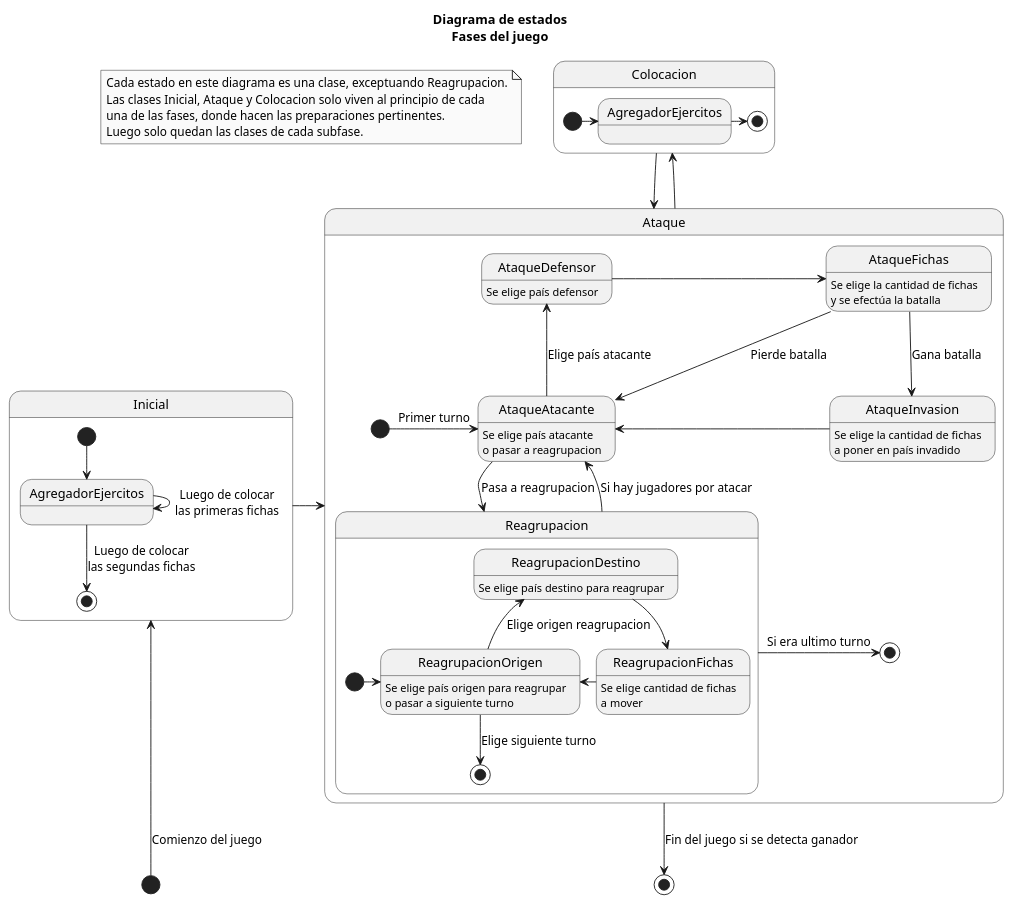
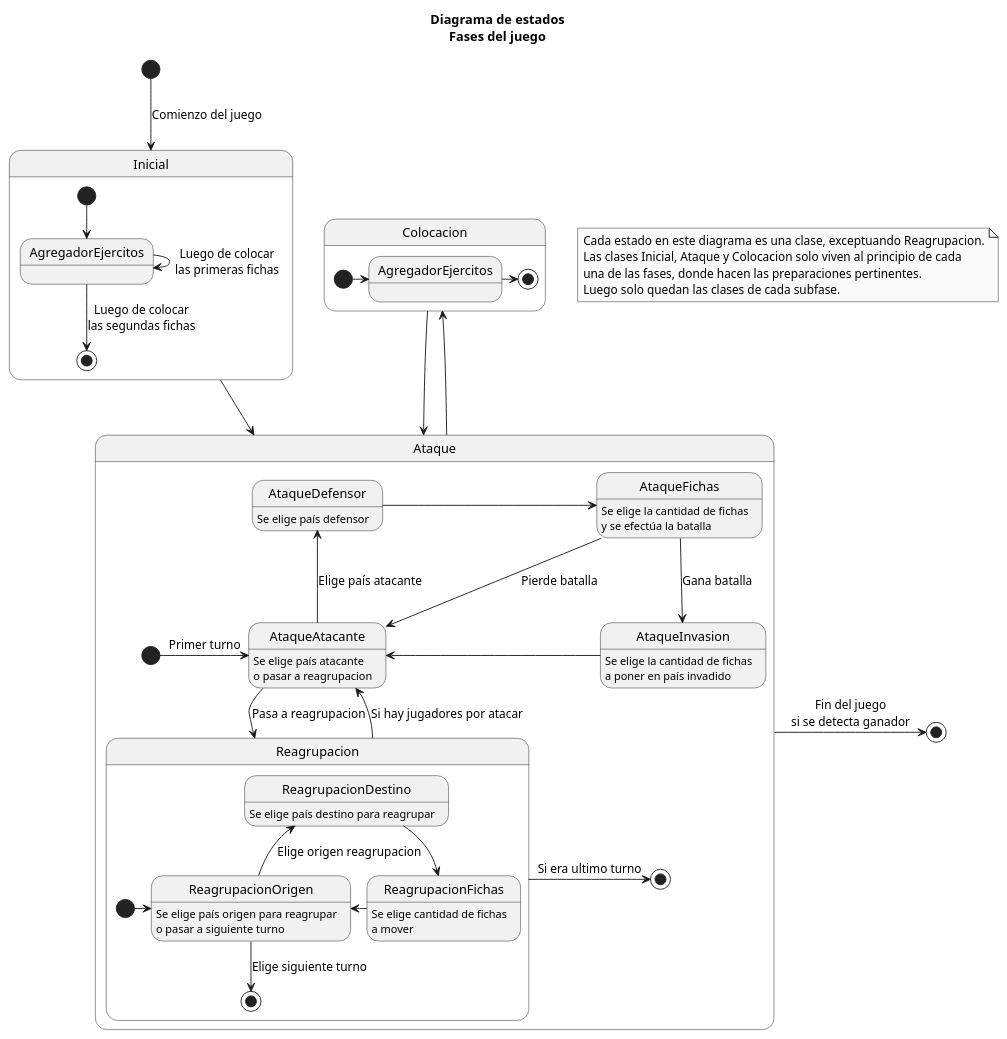
Before and after one commit to Gabrielsem/A.L.T.E.G.O.: the diagram in UML/estados/fases.plantuml, drawn with PlantUML. The commit also changed 1 other file, not shown here.

Commit message:
Bugfix y actualizo UML estado

```diff
--- a/UML/estados/fases.plantuml
+++ b/UML/estados/fases.plantuml
@@ -1,77 +1,78 @@
 @startuml
 skinparam monochrome true
 skinparam style strictuml
 skinparam classAttributeIconSize 0
 title 
     Diagrama de estados
     <b>Fases del juego</b>
 end title
 
 
-[*] -up-> Inicial: Comienzo del juego
+[*] --> Inicial: Comienzo del juego
 
 state Inicial {
     [*] --> AgregadorEjercitos
     AgregadorEjercitos --> AgregadorEjercitos: Luego de colocar\nlas primeras fichas
     AgregadorEjercitos --> [*]: Luego de colocar\nlas segundas fichas
 }
 
-Inicial -> Ataque
+Inicial --> Ataque
 
 state Ataque {
     
     [*] -> AtaqueAtacante: Primer turno
     AtaqueAtacante: Se elige país atacante\no pasar a reagrupacion 
 
     AtaqueAtacante -up--> AtaqueDefensor: Elige país atacante
     AtaqueDefensor: Se elige país defensor
 
     AtaqueDefensor -> AtaqueFichas: \t\t\t\t\t\t\t\t
     AtaqueFichas: Se elige la cantidad de fichas\ny se efectúa la batalla
 
     AtaqueFichas --> AtaqueAtacante: Pierde batalla
     AtaqueFichas ---> AtaqueInvasion: Gana batalla
     AtaqueInvasion: Se elige la cantidad de fichas\na poner en país invadido
 
     AtaqueInvasion -left> AtaqueAtacante: \t\t\t\t\t\t\t\t
 
     AtaqueAtacante --> Reagrupacion: Pasa a reagrupacion
     
     state Reagrupacion {
         [*] -> ReagrupacionOrigen
         ReagrupacionOrigen: Se elige país origen para reagrupar\no pasar a siguiente turno
         
         ReagrupacionOrigen --up> ReagrupacionDestino: Elige origen reagrupacion
         ReagrupacionDestino: Se elige país destino para reagrupar
         
         ReagrupacionDestino --> ReagrupacionFichas
         ReagrupacionFichas: Se elige cantidad de fichas\na mover
 
         ReagrupacionFichas -left> ReagrupacionOrigen
         ReagrupacionOrigen --> [*]: Elige siguiente turno
     }
     Reagrupacion -up-> AtaqueAtacante: Si hay jugadores por atacar
     Reagrupacion -> [*]: Si era ultimo turno
 }
 
 Ataque --> Colocacion
 
 state Colocacion {
     state "AgregadorEjercitos" as AgregadorEjercitos2
     [*] -> AgregadorEjercitos2
     AgregadorEjercitos2 -> [*]
 }
 
 Colocacion --> Ataque
 
 note \
 "Cada estado en este diagrama es una clase, exceptuando Reagrupacion.\n\
 Las clases Inicial, Ataque y Colocacion solo viven al principio de cada\n\
 una de las fases, donde hacen las preparaciones pertinentes.\n\
 Luego solo quedan las clases de cada subfase." as N
 
-Colocacion -[hidden]left> N
+Colocacion -[hidden]right> N
+Colocacion -[hidden]left> Inicial
 
-Ataque --> [*]: Fin del juego si se detecta ganador
+Ataque -> [*]: Fin del juego\nsi se detecta ganador
 
 @enduml
```
